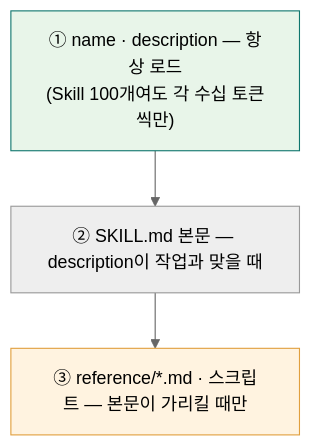
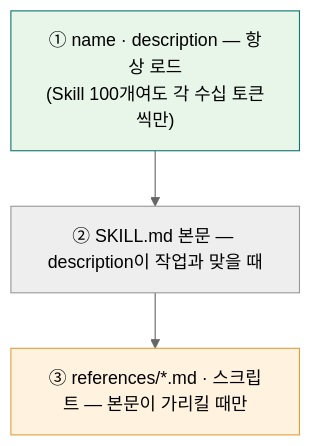
The first of 4 diagrams in books/md/Chapter 4. Skills와 MCP 연계.md (Yo-sure/deepagents-handson), drawn with Mermaid (neutral theme) before and after one commit. The commit also changed other lines of this file and 6 other files, not shown here.

````diff
--- a/books/md/Chapter 4. Skills와 MCP 연계.md
+++ b/books/md/Chapter 4. Skills와 MCP 연계.md
@@ -69,9 +71,9 @@
 ```mermaid
 flowchart TB
     A["① name · description — 항상 로드<br/>(Skill 100개여도 각 수십 토큰씩만)"]
     B["② SKILL.md 본문 — description이 작업과 맞을 때"]
-    C["③ reference/*.md · 스크립트 — 본문이 가리킬 때만"]
+    C["③ references/*.md · 스크립트 — 본문이 가리킬 때만"]
     A --> B --> C
     style A fill:#e8f5e9,stroke:#0f766e
     style C fill:#fff3e0,stroke:#e09f3e
 ```
````
